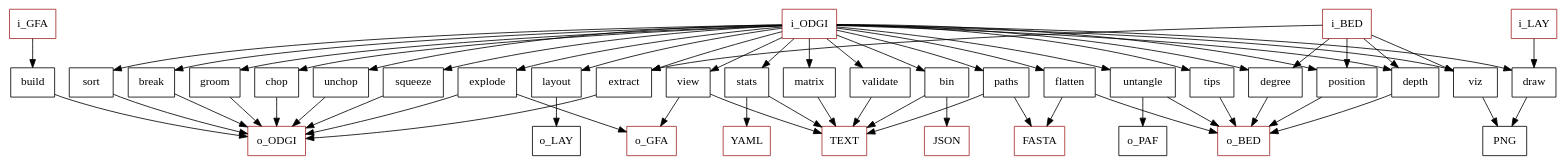
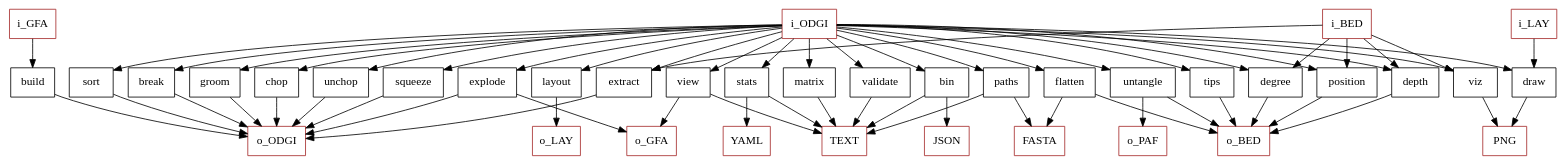
The diagram in manuscript/fig/odgi_tools.dot (pangenome/odgi-paper), drawn with Graphviz before and after one commit.

Commit message:
missing outputs

```diff
--- a/manuscript/fig/odgi_tools.dot
+++ b/manuscript/fig/odgi_tools.dot
@@ -1,87 +1,90 @@
 digraph sample {
 	node [
 		shape=box
 		color=black
 	]
 /*
 	build [color = red]
 	view [color = red]
 
 	validate [color = green]
 
 	stats [color = blue]
 	bin [color = blue]
 	depth [color = blue]
 	degree [color = blue]
   	matrix [color = blue]
     paths [color = blue]
     flatten [color = blue]
 
     break [color = brown]
 	groom [color = brown]
 	chop [color = brown]
 	unchop [color = brown]
 	explode [color = brown]
 	squeeze [color = brown]
 	extract [color = brown]
 
 	position [color = red]
     untangle [color = red]
 
 	viz [color = cyan]
 	sort [color = cyan]
 	layout [color = cyan]
 	draw [color = cyan]
 */
 	i_GFA [color = brown]
 	i_ODGI [color = brown]
 	i_BED [color = brown]
 	i_LAY [color = brown]
 	o_GFA [color = brown]
 	o_ODGI [color = brown]
 	TEXT [color = brown]
 	YAML [color = brown]
 	FASTA [color = brown]
 	JSON [color = brown]
 	o_BED [color = brown]
+	o_PAF [color = brown]
+	o_LAY [color = brown]
+	PNG [color = brown]
 
 	i_GFA -> build
 	//i_GFA -> {view, validate, stats, bin, depth, degree, flatten, break, groom, chop, unchop, explode, squeeze, extract, position, viz, sort, layout, draw, untangle, matrix, paths, tips}
 	i_ODGI -> {view, validate, stats, bin, depth, degree, flatten, break, groom, chop, unchop, explode, squeeze, extract, position, viz, sort, layout, draw, untangle, matrix, paths, tips}
 	i_BED -> {depth, degree, extract, position, viz}
     i_LAY -> {draw}
     //XP -> {server}
 
 	build -> o_ODGI
 	view ->  o_GFA
 	view ->  TEXT
 	validate -> TEXT
 	stats -> TEXT
 	stats -> YAML
     matrix -> TEXT
     paths -> FASTA
     paths -> TEXT
 	bin -> JSON
 	bin -> TEXT
 	depth -> o_BED
 	degree -> o_BED
     flatten -> o_BED
     flatten -> FASTA
 	break -> o_ODGI
 	groom -> o_ODGI
 	chop -> o_ODGI
 	unchop -> o_ODGI
 	explode -> o_ODGI
 	explode -> o_GFA
 	squeeze -> o_ODGI
 	extract -> o_ODGI
 	position -> o_BED
 	viz -> PNG
 	sort -> o_ODGI
 	layout -> o_LAY
 	draw -> PNG
     untangle -> o_BED
     untangle -> o_PAF
     tips -> o_BED
     //server -> TEXT
 }
```
